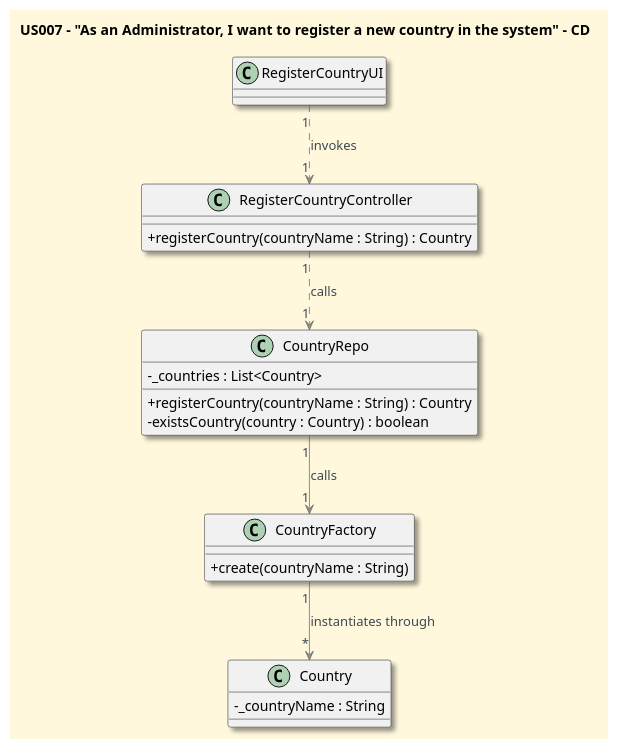
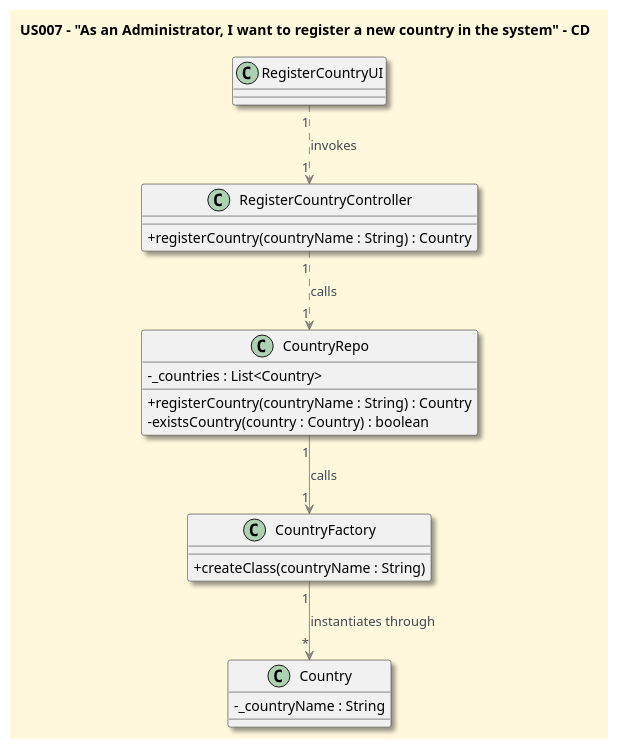
Before and after one commit to CarolinaLeite-collab/JavaMarketplacePlatform: the diagram in docs/userStories/US007/US007_register_a_country_CD.puml, drawn with PlantUML. The commit also changed 1 other file, not shown here.

Commit message:
Update US007 CD and SSD to reflect create method renaming. Adds to #155

```diff
--- a/docs/userStories/US007/US007_register_a_country_CD.puml
+++ b/docs/userStories/US007/US007_register_a_country_CD.puml
@@ -1,41 +1,41 @@
 @startuml
 '==== Title ====
 title US007 - "As an Administrator, I want to register a new country in the system" - CD
 top to bottom direction
 
 '==== basic style ====
 skinparam monochrome false
 skinparam shadowing true
 skinparam defaultFontName Futura
 skinparam objectFontSize 20
 skinparam backgroundColor CornSilk
 skinparam objectBackgroundColor WhiteSmoke
 skinparam noteBackgroundColor #FFFFE0
 skinparam ArrowFontColor #3B4953
 skinparam ArrowColor #57595BAA
 skinparam classAttributeIconSize 0
 
 '==== entities ====
 Class Country {
 - _countryName : String
 }
 Class CountryFactory {
-+ create(countryName : String)
++ createClass(countryName : String)
 }
 Class CountryRepo {
 - _countries : List<Country>
 + registerCountry(countryName : String) : Country
 - existsCountry(country : Country) : boolean
 }
 Class RegisterCountryController {
 + registerCountry(countryName : String) : Country
 }
 Class RegisterCountryUI {}
 
 '==== connections ====
 CountryFactory "1" --> "*" Country: instantiates through
 CountryRepo "1" --> "1" CountryFactory: calls
 RegisterCountryController  "1" ..> "1" CountryRepo: calls
 RegisterCountryUI "1" ..> "1" RegisterCountryController: invokes
 
 @enduml
```
